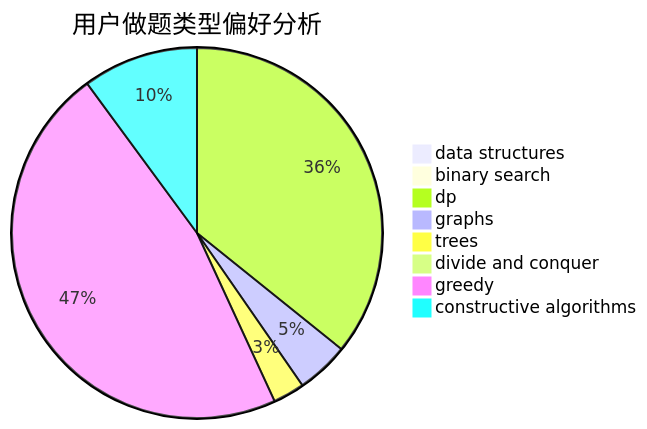
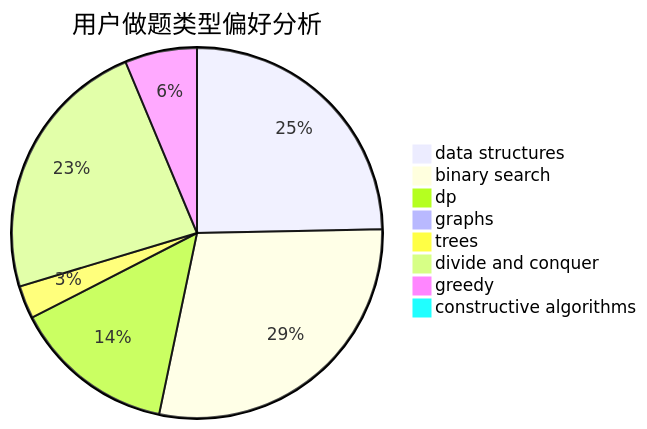
Before and after one commit to sherpahu/cfrs.github.io: the second of 3 diagrams in docs/user/u161.md, drawn with Mermaid. The commit also changed other lines of this file and 2770 other files, not shown here.

````diff
--- a/docs/user/u161.md
+++ b/docs/user/u161.md
@@ -23,11 +23,11 @@
 ```mermaid
 pie title 用户做题类型偏好分析
-    "data structures" :  0
-    "binary search" :  0
-    "dp" :  39
-    "graphs" :  5
-    "trees" :  3
-    "divide and conquer" :  0
-    "greedy" :  51
-    "constructive algorithms" :  11
+    "data structures" :  94
+    "binary search" :  109
+    "dp" :  54
+    "graphs" :  0
+    "trees" :  11
+    "divide and conquer" :  89
+    "greedy" :  24
+    "constructive algorithms" :  0
 ```
````
